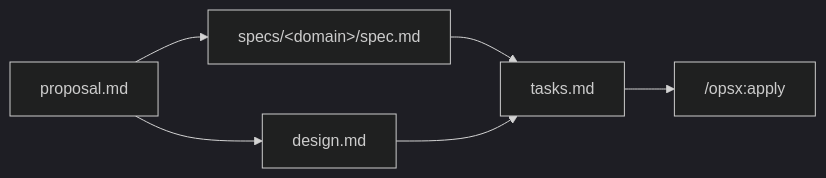
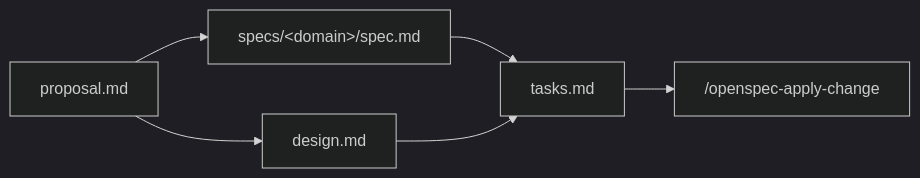
Before and after one commit to lllloo/obsidian-memory: the second of 2 diagrams in Topics/AI-Agent-工作流/OpenSpec/OpenSpec-流程.md, drawn with Mermaid (dark theme). The commit also changed other lines of this file, not shown here.

````diff
--- a/Topics/AI-Agent-工作流/OpenSpec/OpenSpec-流程.md
+++ b/Topics/AI-Agent-工作流/OpenSpec/OpenSpec-流程.md
@@ -55,8 +57,8 @@
 ```mermaid
 flowchart LR
     P[proposal.md] --> S["specs/&lt;domain&gt;/spec.md"]
     P --> D[design.md]
     S --> T[tasks.md]
     D --> T
-    T --> AP["/opsx:apply"]
+    T --> AP["/openspec-apply-change"]
 ```
````
